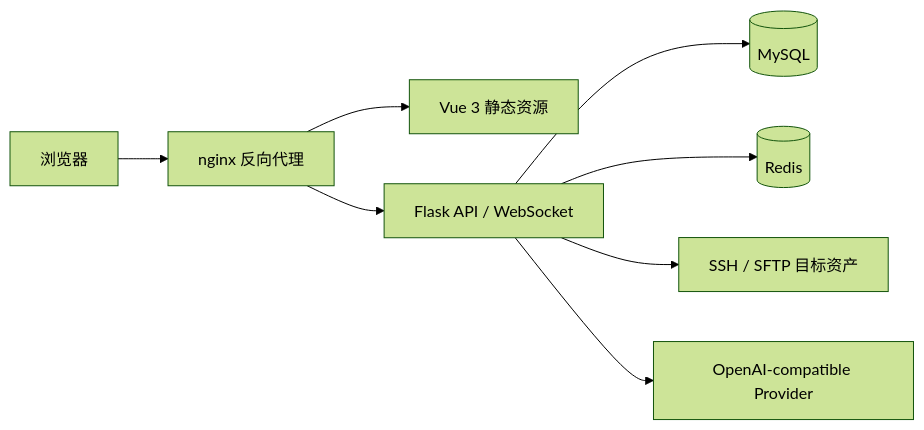
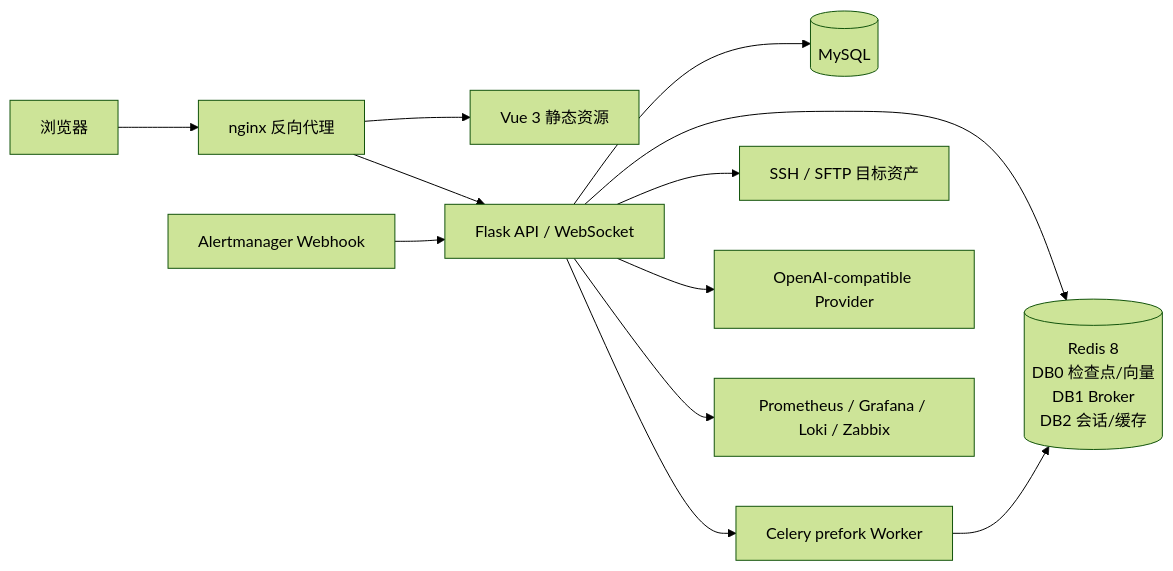
One commit to OrangeServers/OrangeServer changed the second of 2 diagrams in README.zh-CN.md. Above: the diagram before and after it, drawn with Mermaid (forest theme). The commit also changed other lines of this file and 20 other files, not shown here.

````diff
--- a/README.zh-CN.md
+++ b/README.zh-CN.md
@@ -146,10 +145,14 @@
 ```mermaid
 flowchart LR
     Browser["浏览器"] --> Nginx["nginx 反向代理"]
     Nginx --> Frontend["Vue 3 静态资源"]
     Nginx --> API["Flask API / WebSocket"]
     API --> MySQL[("MySQL")]
-    API --> Redis[("Redis")]
+    API --> Redis[("Redis 8\nDB0 检查点/向量\nDB1 Broker\nDB2 会话/缓存")]
+    API --> Worker["Celery prefork Worker"]
+    Worker --> Redis
     API --> SSH["SSH / SFTP 目标资产"]
     API --> LLM["OpenAI-compatible Provider"]
+    API --> Sources["Prometheus / Grafana / Loki / Zabbix"]
+    Alertmanager["Alertmanager Webhook"] --> API
 ```
````
